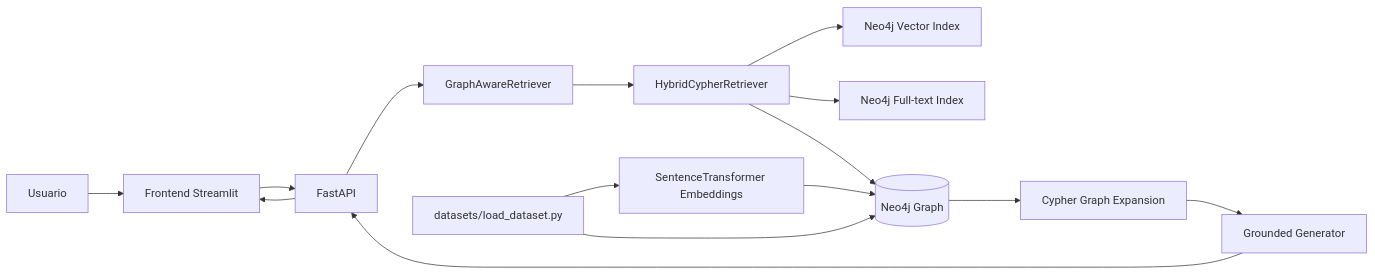
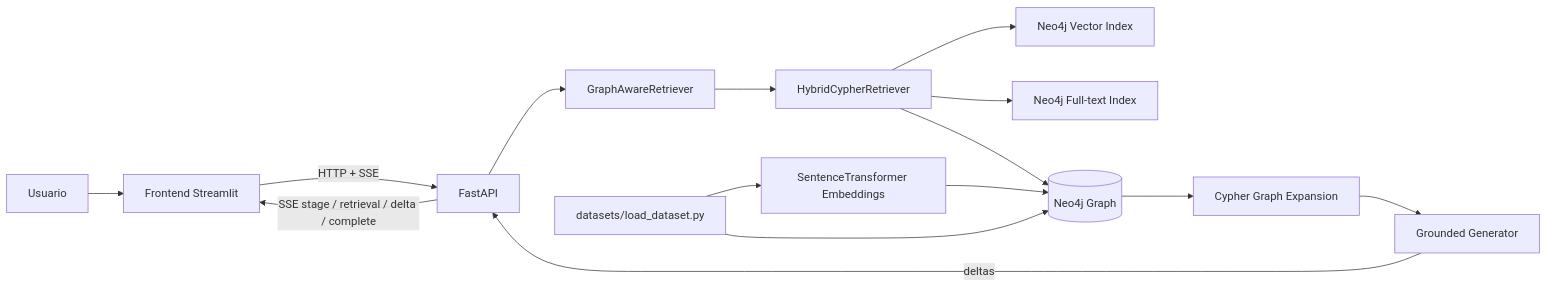
Before and after one commit to edgarrth/python-graphRAG: the first of 2 diagrams in README.md, drawn with Mermaid. The commit also changed other lines of this file and 21 other files, not shown here.

````diff
--- a/README.md
+++ b/README.md
@@ -74,18 +81,18 @@
 ```mermaid
 flowchart LR
     U[Usuario] --> UI[Frontend Streamlit]
-    UI --> API[FastAPI]
+    UI -->|HTTP + SSE| API[FastAPI]
     API --> RET[GraphAwareRetriever]
     RET --> HYB[HybridCypherRetriever]
     HYB --> VEC[Neo4j Vector Index]
     HYB --> TXT[Neo4j Full-text Index]
     HYB --> G[(Neo4j Graph)]
     G --> EXP[Cypher Graph Expansion]
     EXP --> GEN[Grounded Generator]
-    GEN --> API
-    API --> UI
+    GEN -->|deltas| API
+    API -->|SSE stage / retrieval / delta / complete| UI
 
     DATA[datasets/load_dataset.py] --> EMB[SentenceTransformer Embeddings]
     EMB --> G
     DATA --> G
 ```
````
